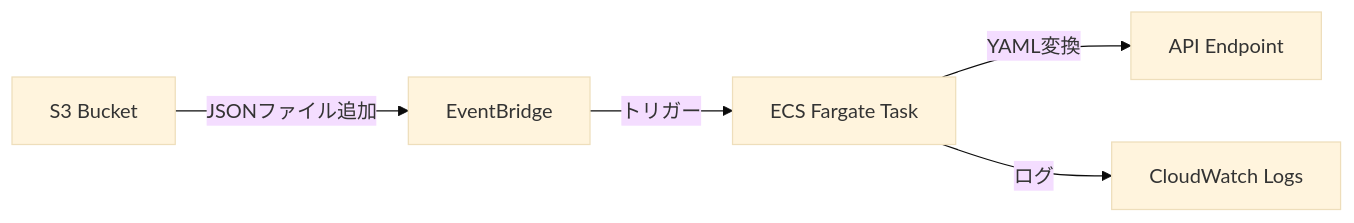
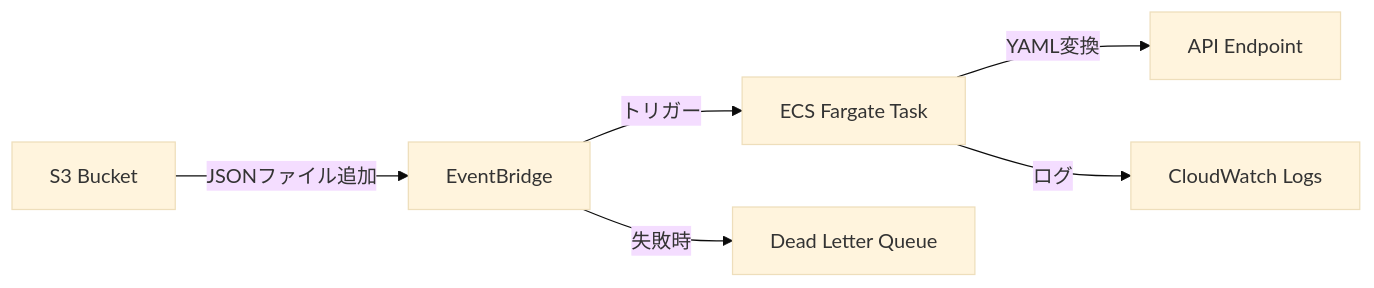
Before and after one commit to yamazoon0207/s3-to-api: the diagram in README.md, drawn with Mermaid (base theme). The commit also changed other lines of this file and 1 other file, not shown here.

````diff
--- a/README.md
+++ b/README.md
@@ -7,7 +7,8 @@
 ```mermaid
 graph LR
     S3[S3 Bucket] -->|JSONファイル追加| EventBridge
     EventBridge -->|トリガー| ECS[ECS Fargate Task]
+    EventBridge -->|失敗時| DLQ[Dead Letter Queue]
     ECS -->|YAML変換| API[API Endpoint]
     ECS -->|ログ| CloudWatch[CloudWatch Logs]
 ```
````
